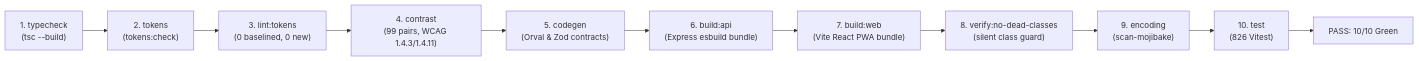
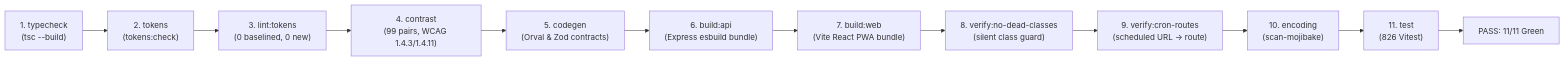
One commit to Driftloom/TaskOS changed the second of 2 diagrams in spec/master-verification-matrix.md. Above: the diagram before and after it, drawn with Mermaid. The commit also changed other lines of this file and 4 other files, not shown here.

````diff
--- a/spec/master-verification-matrix.md
+++ b/spec/master-verification-matrix.md
@@ -186,13 +196,14 @@
 ```mermaid
 flowchart LR
     G1["1. typecheck<br/>(tsc --build)"] --> G2["2. tokens<br/>(tokens:check)"]
     G2 --> G3["3. lint:tokens<br/>(0 baselined, 0 new)"]
     G3 --> G4["4. contrast<br/>(99 pairs, WCAG 1.4.3/1.4.11)"]
     G4 --> G5["5. codegen<br/>(Orval & Zod contracts)"]
     G5 --> G6["6. build:api<br/>(Express esbuild bundle)"]
     G6 --> G7["7. build:web<br/>(Vite React PWA bundle)"]
     G7 --> G8["8. verify:no-dead-classes<br/>(silent class guard)"]
-    G8 --> G9["9. encoding<br/>(scan-mojibake)"]
-    G9 --> G10["10. test<br/>(826 Vitest)"]
-    G10 --> Green["PASS: 10/10 Green"]
+    G8 --> G9["9. verify:cron-routes<br/>(scheduled URL -> route)"]
+    G9 --> G10["10. encoding<br/>(scan-mojibake)"]
+    G10 --> G11["11. test<br/>(826 Vitest)"]
+    G11 --> Green["PASS: 11/11 Green"]
 ```
````
